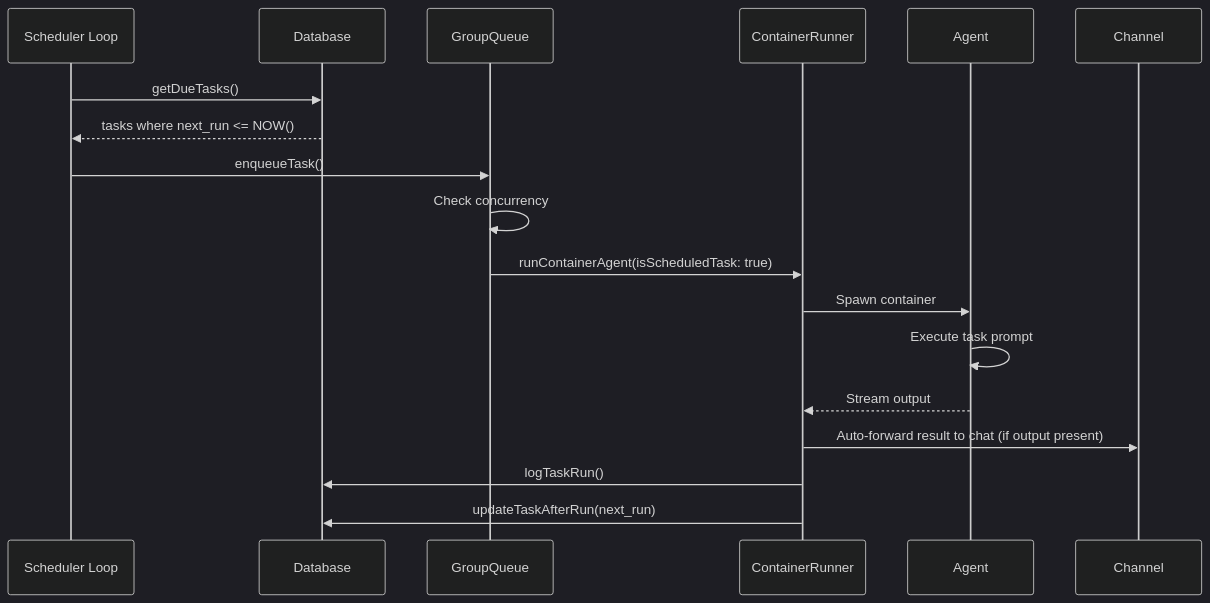
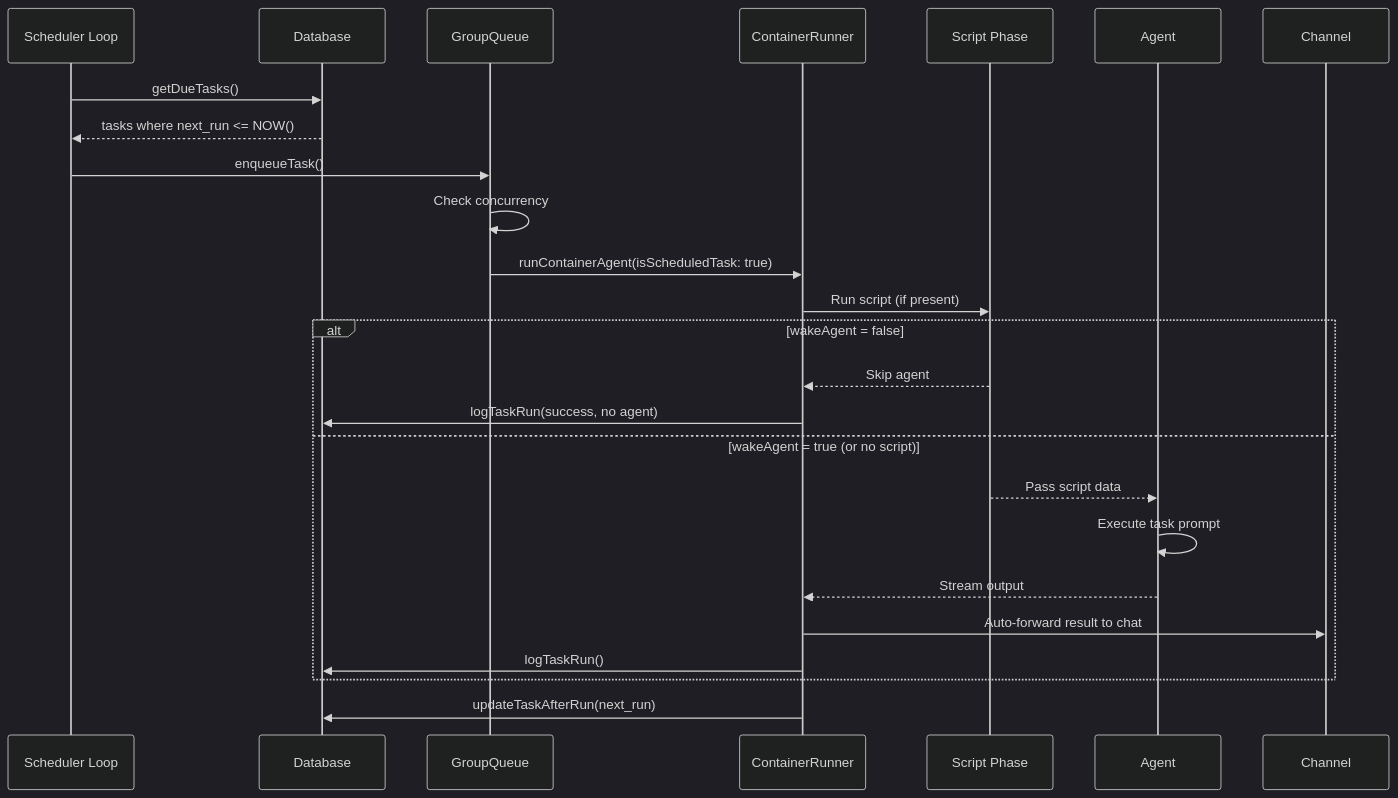
Before and after one commit to glifocat/nanoclaw-docs: the diagram in concepts/tasks.mdx, drawn with Mermaid (dark theme). The commit also changed other lines of this file and 5 other files, not shown here.

Commit message:
docs: add task script support and CLAUDE.md template initialization

````diff
--- a/concepts/tasks.mdx
+++ b/concepts/tasks.mdx
@@ -104,21 +105,28 @@
 ```mermaid
 sequenceDiagram
     participant SCH as Scheduler Loop
     participant DB as Database
     participant GQ as GroupQueue
     participant CR as ContainerRunner
+    participant SC as Script Phase
     participant AG as Agent
     participant CH as Channel
     
     SCH->>DB: getDueTasks()
     DB-->>SCH: tasks where next_run <= NOW()
     SCH->>GQ: enqueueTask()
     GQ->>GQ: Check concurrency
     GQ->>CR: runContainerAgent(isScheduledTask: true)
-    CR->>AG: Spawn container
-    AG->>AG: Execute task prompt
-    AG-->>CR: Stream output
-    CR->>CH: Auto-forward result to chat (if output present)
-    CR->>DB: logTaskRun()
+    CR->>SC: Run script (if present)
+    alt wakeAgent = false
+        SC-->>CR: Skip agent
+        CR->>DB: logTaskRun(success, no agent)
+    else wakeAgent = true (or no script)
+        SC-->>AG: Pass script data
+        AG->>AG: Execute task prompt
+        AG-->>CR: Stream output
+        CR->>CH: Auto-forward result to chat
+        CR->>DB: logTaskRun()
+    end
     CR->>DB: updateTaskAfterRun(next_run)
 ```
````
